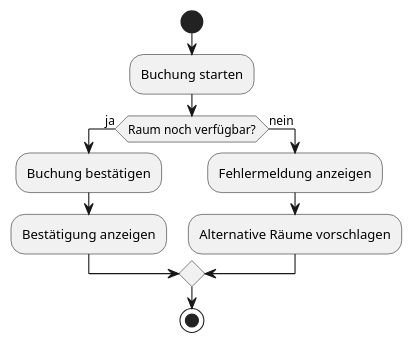
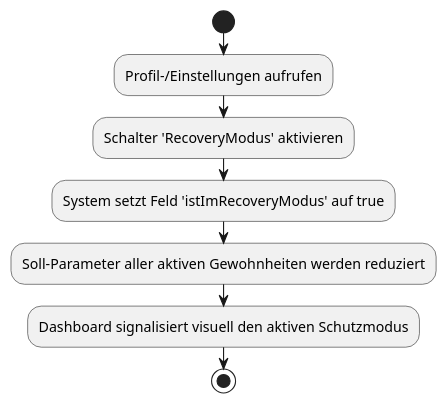
Before and after one commit to stttxxnn/se1-habittracker: the second of 2 diagrams in docs/product/ux_concept.adoc, drawn with PlantUML. The commit also changed other lines of this file and 4 other files, not shown here.

Commit message:
docs: aktualisieren und korrigieren vom  product concept and technical architecture for walking skeleton

```diff
--- a/docs/product/ux_concept.adoc
+++ b/docs/product/ux_concept.adoc
@@ -245,18 +246,15 @@
-[plantuml, error-flow, svg]
+[plantuml, recovery-flow, svg]
 ....
 @startuml
 skinparam monochrome true
+skinparam defaultFontSize 13
 
 start
-:Buchung starten;
-if (Raum noch verfügbar?) then (ja)
-  :Buchung bestätigen;
-  :Bestätigung anzeigen;
-else (nein)
-  :Fehlermeldung anzeigen;
-  :Alternative Räume vorschlagen;
-endif
+:Profil-/Einstellungen aufrufen;
+:Schalter 'RecoveryModus' aktivieren;
+:System setzt Feld 'istImRecoveryModus' auf true;
+:Soll-Parameter aller aktiven Gewohnheiten werden reduziert;
+:Dashboard signalisiert visuell den aktiven Schutzmodus;
 stop
-
 @enduml
 ....
```
